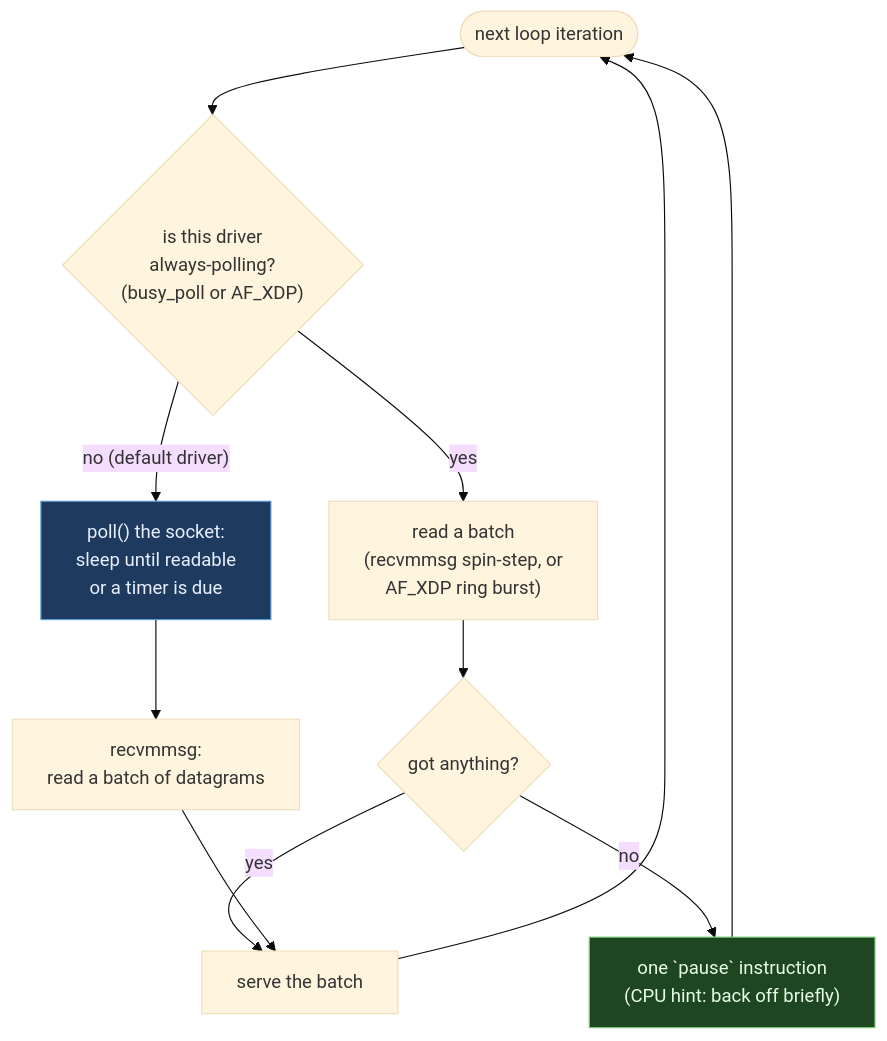
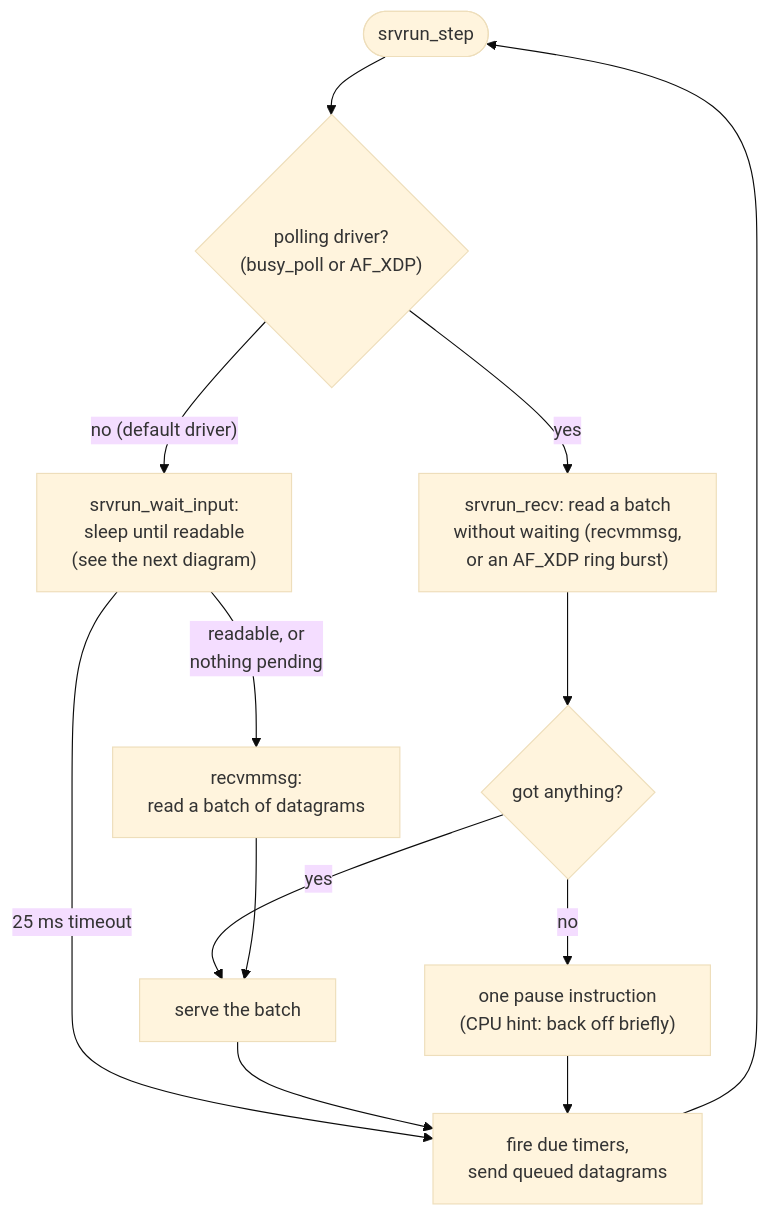
One commit to Hakkadaikon/wired changed the eighth of 9 diagrams in docs/arch/overview.md. Above: the diagram before and after it, drawn with Mermaid (base theme). The commit also changed other lines of this file, not shown here.

First line of the commit message:
docs(arch): rebuild the overview around one request's path

````diff
--- a/docs/arch/overview.md
+++ b/docs/arch/overview.md
@@ -188,16 +441,15 @@
 ```mermaid
 graph TB
-    start(["next loop iteration"]) --> polling{"is this driver\nalways-polling?\n(busy_poll or AF_XDP)"}
-    polling -- "no (default driver)" --> block["poll() the socket:\nsleep until readable\nor a timer is due"]
-    block --> recv1["recvmmsg:\nread a batch of datagrams"]
-    polling -- "yes" --> recv2["read a batch\n(recvmmsg spin-step, or\nAF_XDP ring burst)"]
+    start(["srvrun_step"]) --> polling{"polling driver?<br/>(busy_poll or AF_XDP)"}
+    polling -- "no (default driver)" --> wait["srvrun_wait_input:<br/>sleep until readable<br/>(see the next diagram)"]
+    wait -- "readable, or<br/>nothing pending" --> recv1["recvmmsg:<br/>read a batch of datagrams"]
+    wait -- "25 ms timeout" --> timers
+    polling -- "yes" --> recv2["srvrun_recv: read a batch<br/>without waiting (recvmmsg,<br/>or an AF_XDP ring burst)"]
     recv2 --> empty{"got anything?"}
-    empty -- "no" --> pauseinsn["one `pause` instruction\n(CPU hint: back off briefly)"]
-    pauseinsn --> start
+    empty -- "no" --> pauseinsn["one pause instruction<br/>(CPU hint: back off briefly)"]
     empty -- "yes" --> serve["serve the batch"]
     recv1 --> serve
-    serve --> start
-
-    style block fill:#1e3a5f,stroke:#5b9bd5,color:#e8f0fe
-    style pauseinsn fill:#1e4620,stroke:#7ac97a,color:#e8fde8
+    serve --> timers["fire due timers,<br/>send queued datagrams"]
+    pauseinsn --> timers
+    timers --> start
 ```
````
